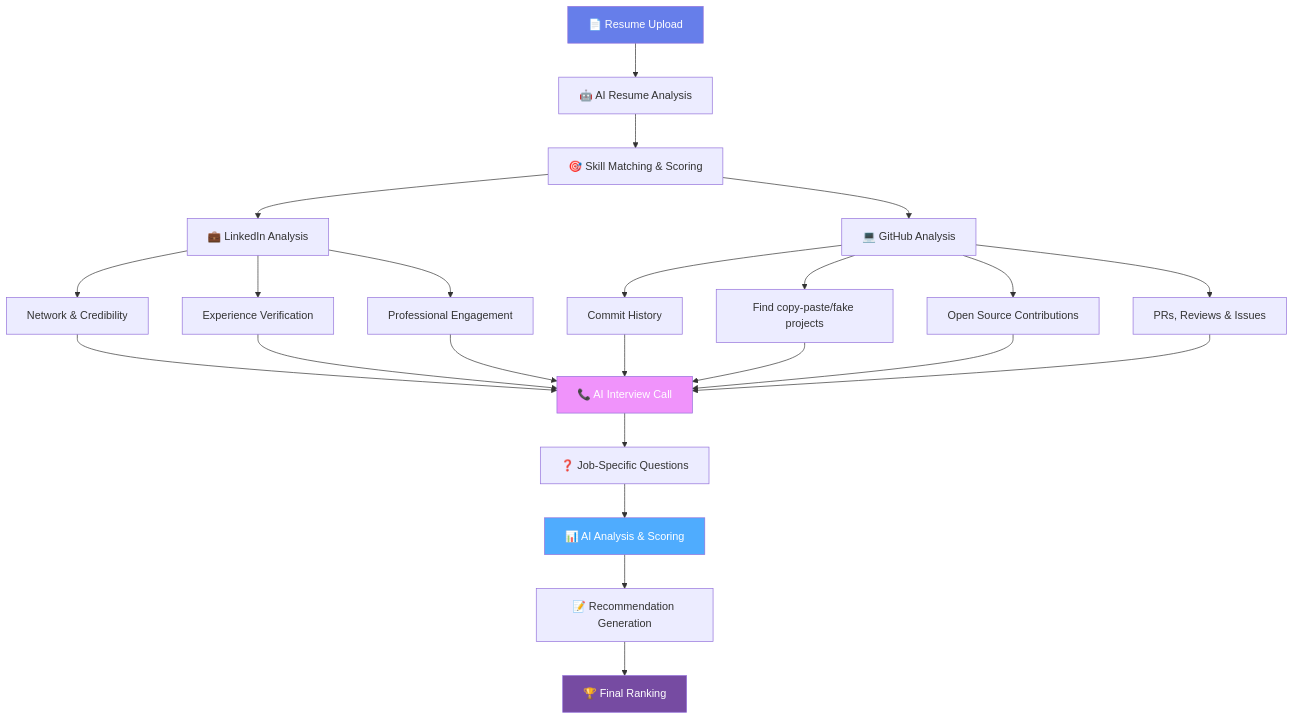
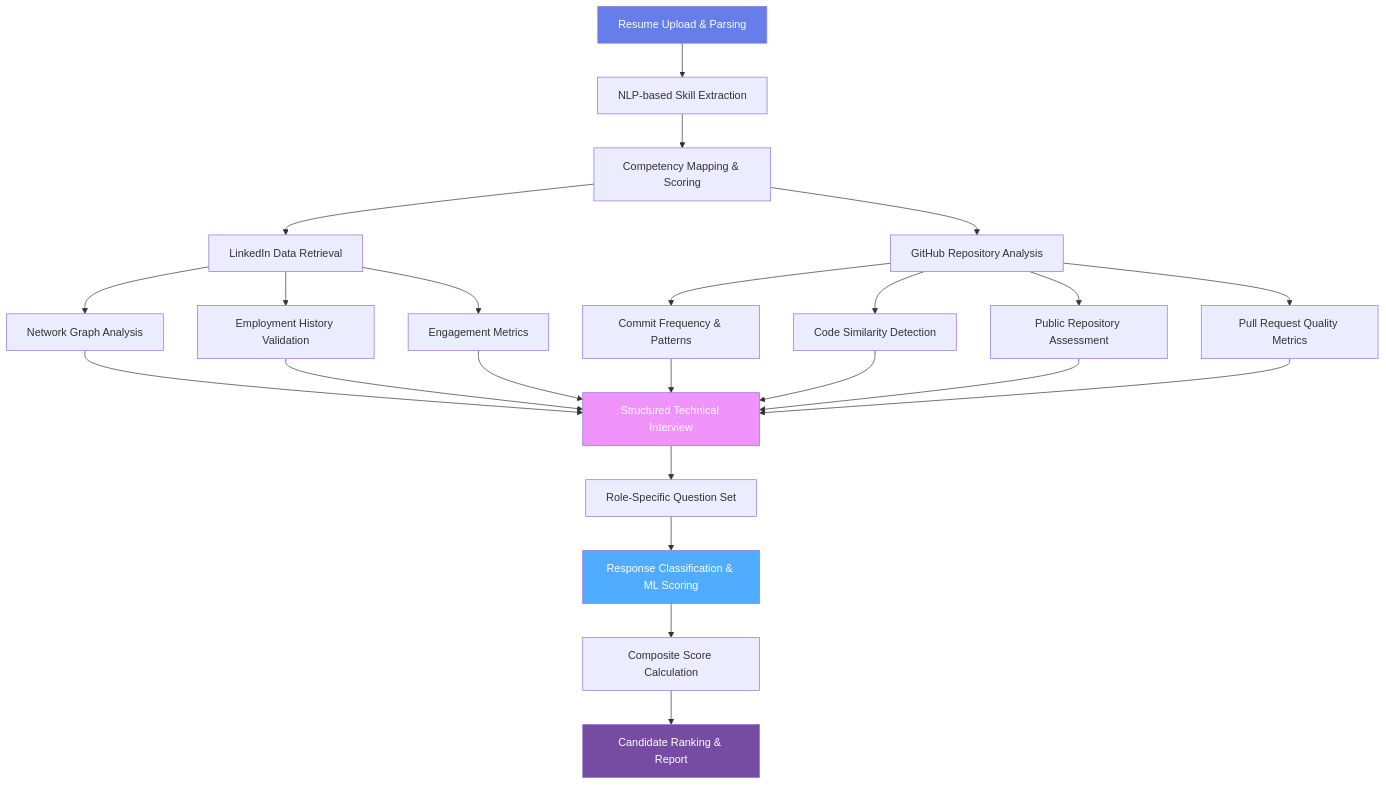
Before and after one commit to the-human-funnel/the-human-funnel: the diagram in README.md, drawn with Mermaid. The commit also changed other lines of this file, not shown here.

````diff
--- a/README.md
+++ b/README.md
@@ -13,34 +13,34 @@
 ```mermaid
 graph TD
-    A[📄 Resume Upload] --> B[🤖 AI Resume Analysis]
-    B --> C[🎯 Skill Matching & Scoring]
+    A[Resume Upload & Parsing] --> B[NLP-based Skill Extraction]
+    B --> C[Competency Mapping & Scoring]
     
-    C --> D[💼 LinkedIn Analysis]
-    D --> D1[Network & Credibility]
-    D --> D2[Experience Verification]
-    D --> D3[Professional Engagement]
+    C --> D[LinkedIn Data Retrieval]
+    D --> D1[Network Graph Analysis]
+    D --> D2[Employment History Validation]
+    D --> D3[Engagement Metrics]
     
-    C --> E[💻 GitHub Analysis]
-    E --> E1[Commit History]
-    E --> E2[ Find copy-paste/fake projects]
-    E --> E3[Open Source Contributions]
-    E --> E4[PRs, Reviews & Issues]
+    C --> E[GitHub Repository Analysis]
+    E --> E1[Commit Frequency & Patterns]
+    E --> E2[Code Similarity Detection]
+    E --> E3[Public Repository Assessment]
+    E --> E4[Pull Request Quality Metrics]
     
-    D1 --> F[📞 AI Interview Call]
+    D1 --> F[Structured Technical Interview]
     D2 --> F
     D3 --> F
     E1 --> F
     E2 --> F
     E3 --> F
     E4 --> F
     
-    F --> G[❓ Job-Specific Questions]
-    G --> H[📊 AI Analysis & Scoring]
-    H --> I[📝 Recommendation Generation]
-    I --> J[🏆 Final Ranking]
+    F --> G[Role-Specific Question Set]
+    G --> H[Response Classification & ML Scoring]
+    H --> I[Composite Score Calculation]
+    I --> J[Candidate Ranking & Report]
     
     style A fill:#667eea,color:#fff
     style J fill:#764ba2,color:#fff
     style F fill:#f093fb,color:#fff
     style H fill:#4facfe,color:#fff
 ```
````
